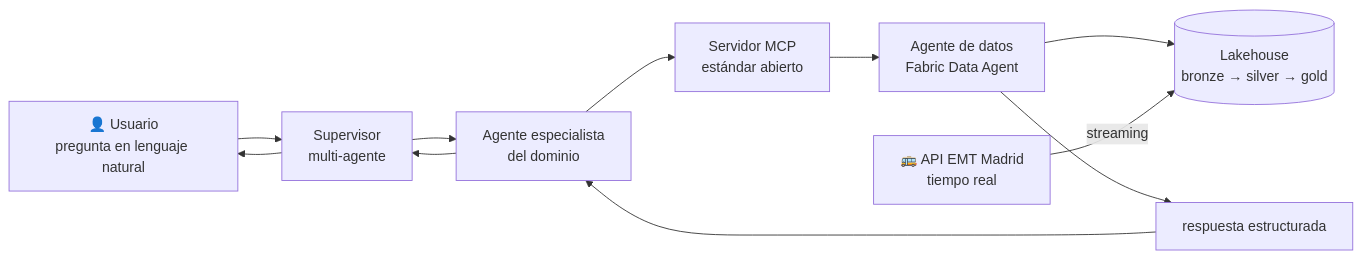
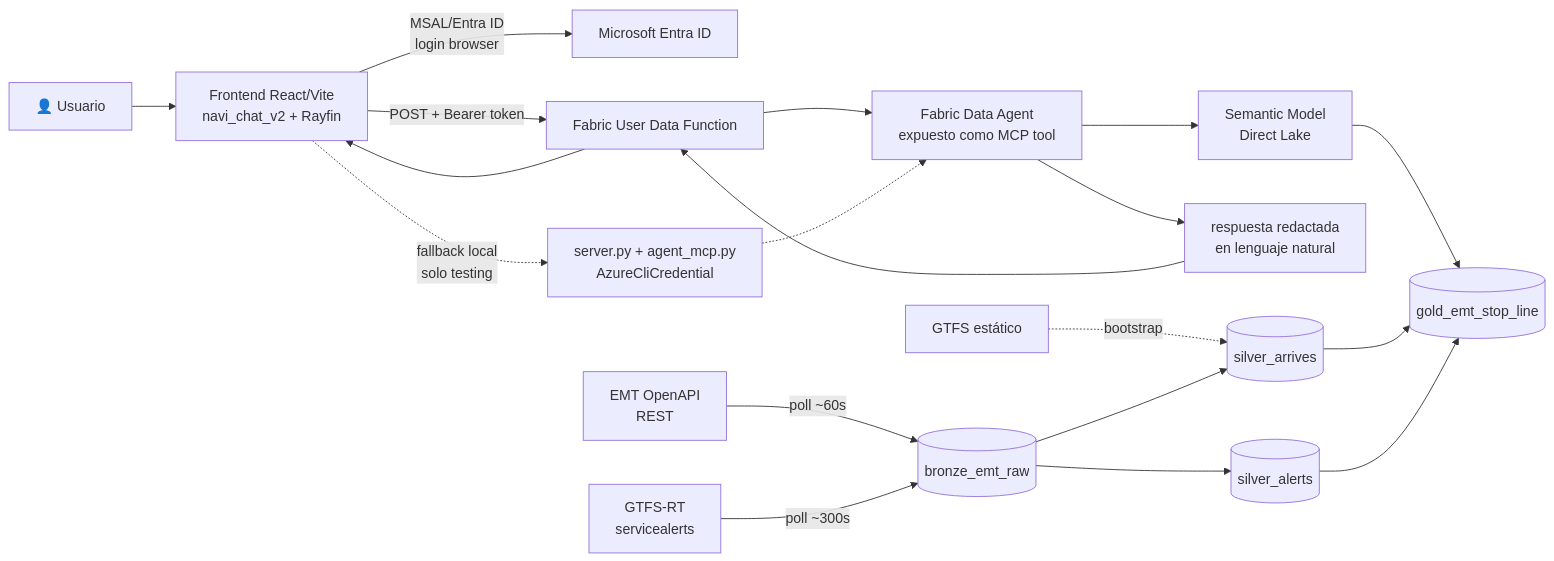
The diagram in README.md (Bootcamp-IA-P6/Microsoft), drawn with Mermaid before and after one commit. The commit also changed other lines of this file and 4 other files, not shown here.

````diff
--- a/README.md
+++ b/README.md
@@ -49,14 +51,22 @@
 ```mermaid
 flowchart LR
-    U[👤 Usuario\npregunta en lenguaje natural] --> S[Supervisor\nmulti-agente]
-    S --> A[Agente especialista\ndel dominio]
-    A --> M[Servidor MCP\nestándar abierto]
-    M --> D[Agente de datos\nFabric Data Agent]
-    D --> L[(Lakehouse\nbronze → silver → gold)]
-    D --> R[respuesta estructurada]
-    R --> A
-    A --> S
-    S --> U
+    U[👤 Usuario] --> FE[Frontend React/Vite\nnavi_chat_v2 + Rayfin]
+    FE -->|MSAL/Entra ID\nlogin browser| AUTH[Microsoft Entra ID]
+    FE -->|POST + Bearer token| UDF[Fabric User Data Function]
+    UDF --> DA[Fabric Data Agent\nexpuesto como MCP tool]
+    DA --> SEM[Semantic Model\nDirect Lake]
+    SEM --> G[(gold_emt_stop_line)]
+    DA --> R[respuesta redactada\nen lenguaje natural]
+    R --> UDF --> FE
 
-    E[🚌 API EMT Madrid\ntiempo real] -->|streaming| L
+    S1[EMT OpenAPI\nREST] -->|poll ~60s| B[(bronze_emt_raw)]
+    S2[GTFS-RT\nservicealerts] -->|poll ~300s| B
+    S3[GTFS estático] -.bootstrap.-> SA[(silver_arrives)]
+    B --> SA[(silver_arrives)]
+    B --> SAL[(silver_alerts)]
+    SA --> G
+    SAL --> G
+
+    FE -.fallback local\nsolo testing.-> LB[server.py + agent_mcp.py\nAzureCliCredential]
+    LB -.-> DA
 ```
````
